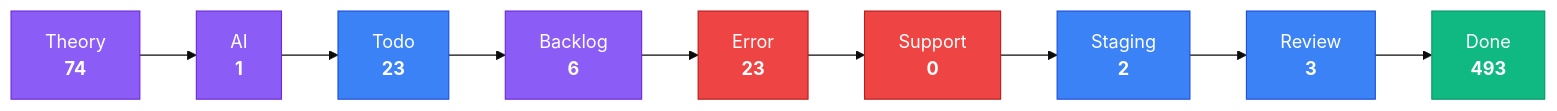
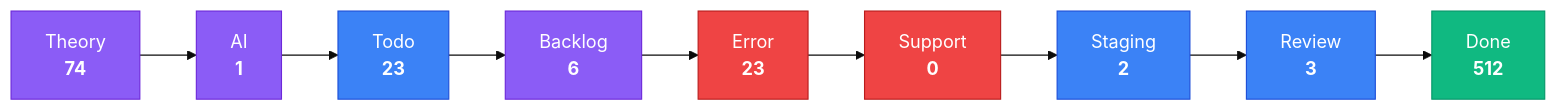
The third of 4 diagrams in apps/kbve/astro-kbve/src/content/docs/dashboard/kanban-data.mdx (KBVE/kbve), drawn with Mermaid (base theme) before and after one commit. The commit also changed other lines of this file and 2 other files, not shown here.

````diff
--- a/apps/kbve/astro-kbve/src/content/docs/dashboard/kanban-data.mdx
+++ b/apps/kbve/astro-kbve/src/content/docs/dashboard/kanban-data.mdx
@@ -215,28 +215,28 @@
 ```mermaid
 flowchart LR
     classDef planning fill:#8b5cf6,stroke:#6d28d9,color:#fff
     classDef active fill:#3b82f6,stroke:#1d4ed8,color:#fff
     classDef blocked fill:#ef4444,stroke:#b91c1c,color:#fff
     classDef done fill:#10b981,stroke:#059669,color:#fff
     Theory["Theory<br/><strong>74</strong>"]
     Theory --> AI
     AI["AI<br/><strong>1</strong>"]
     AI --> Todo
     Todo["Todo<br/><strong>23</strong>"]
     Todo --> Backlog
     Backlog["Backlog<br/><strong>6</strong>"]
     Backlog --> Error
     Error["Error<br/><strong>23</strong>"]
     Error --> Support
     Support["Support<br/><strong>0</strong>"]
     Support --> Staging
     Staging["Staging<br/><strong>2</strong>"]
     Staging --> Review
     Review["Review<br/><strong>3</strong>"]
     Review --> Done
-    Done["Done<br/><strong>493</strong>"]
+    Done["Done<br/><strong>512</strong>"]
     class Theory,AI,Backlog planning
     class Todo,Staging,Review active
     class Error,Support blocked
     class Done done
 ```
````
